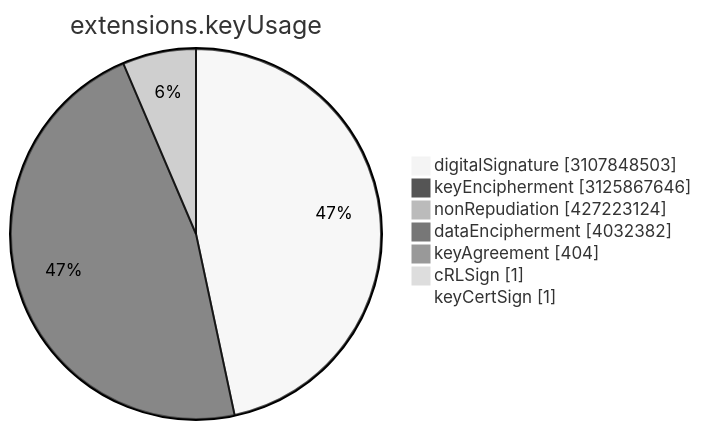
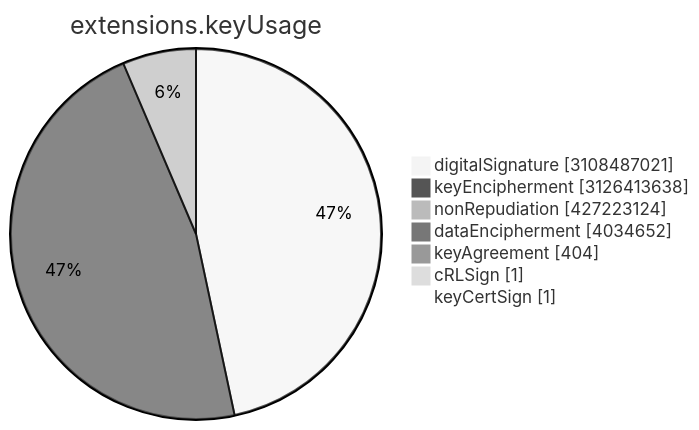
One commit to christiankrug/ctmonitor_visualization changed the sixth of 15 diagrams in TOTAL/README.md. Above: the diagram before and after it, drawn with Mermaid (neutral theme). The commit also changed other lines of this file, not shown here.

````diff
--- a/TOTAL/README.md
+++ b/TOTAL/README.md
@@ -3077,11 +3077,11 @@
 ```mermaid
 pie showData
 title extensions.keyUsage
-"digitalSignature" :3107848503
-"keyEncipherment" :3125867646
+"digitalSignature" :3108487021
+"keyEncipherment" :3126413638
 "nonRepudiation" :427223124
-"dataEncipherment" :4032382
+"dataEncipherment" :4034652
 "keyAgreement" :404
 "cRLSign" :1
 "keyCertSign" :1
 ```
````
